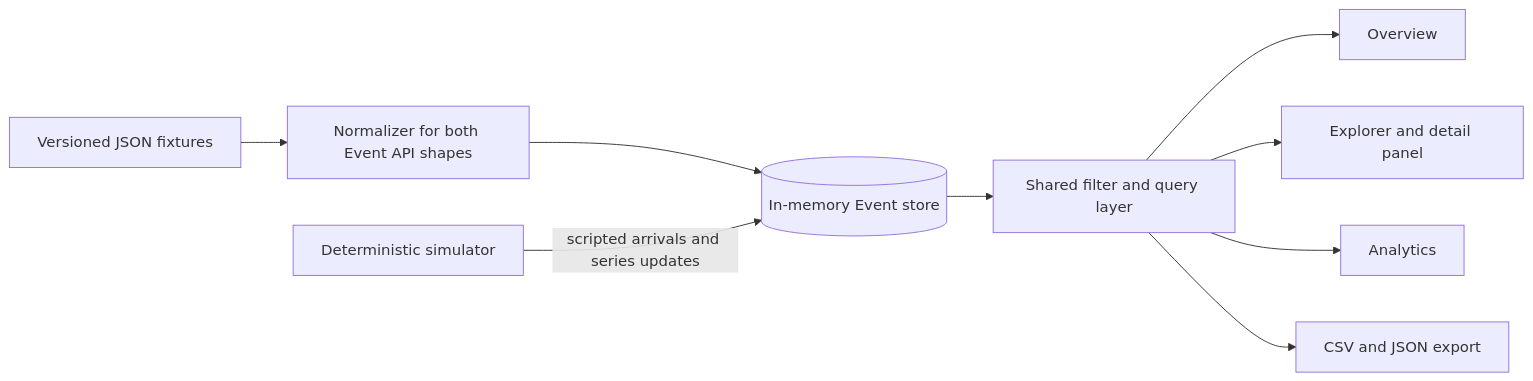
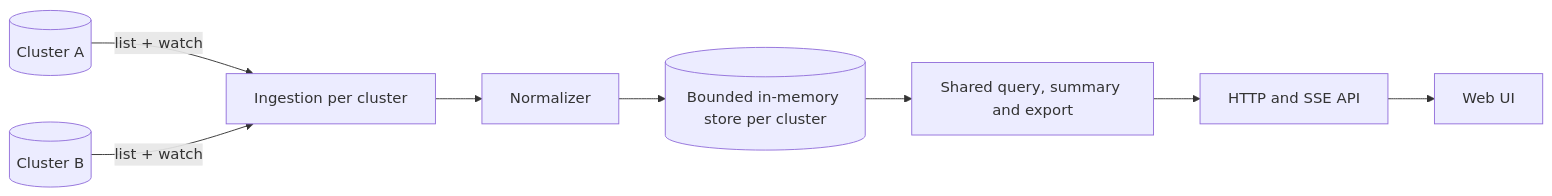
The diagram in README.md (fearl4l1t/k8s-events-filter-dashboard), drawn with Mermaid before and after one commit. The commit also changed other lines of this file, not shown here.

First line of the commit message:
Revise README for Kubernetes Events Explorer

````diff
--- a/README.md
+++ b/README.md
@@ -296,11 +52,10 @@
 ```mermaid
 flowchart LR
-    F[Versioned JSON fixtures] --> N[Normalizer for both Event API shapes]
-    N --> S[(In-memory Event store)]
-    SIM[Deterministic simulator] -->|scripted arrivals and series updates| S
-    S --> Q[Shared filter and query layer]
-    Q --> V1[Overview]
-    Q --> V2[Explorer and detail panel]
-    Q --> V3[Analytics]
-    Q --> X[CSV and JSON export]
+    K1[(Cluster A)] -- list + watch --> I[Ingestion per cluster]
+    K2[(Cluster B)] -- list + watch --> I
+    I --> N[Normalizer]
+    N --> S[(Bounded in-memory store per cluster)]
+    S --> Q[Shared query, summary and export]
+    Q --> API[HTTP and SSE API]
+    API --> UI[Web UI]
 ```
````
